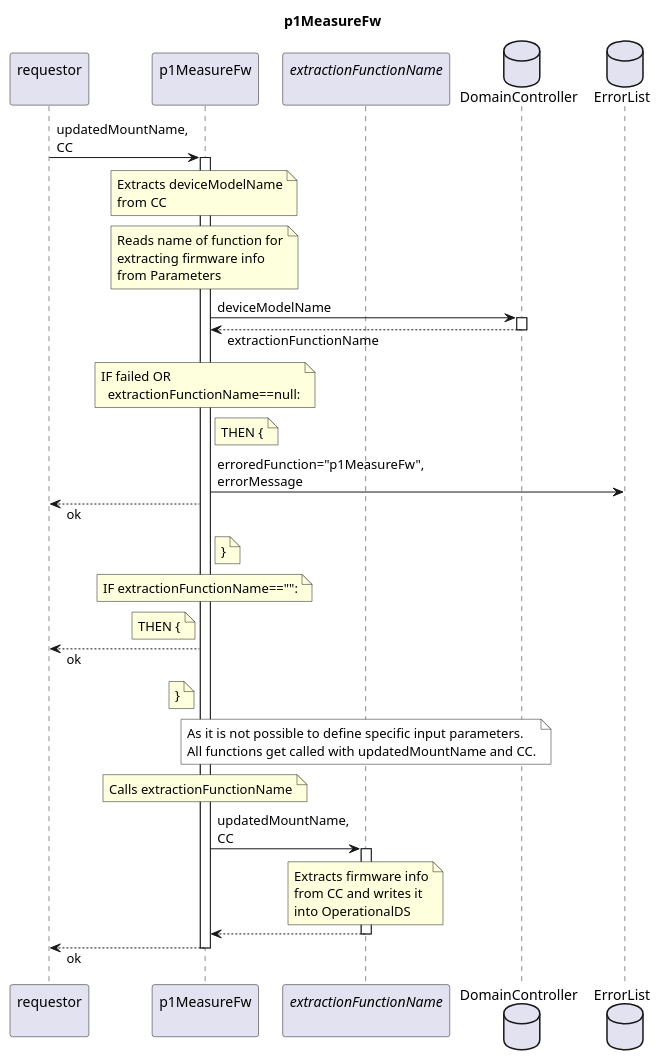
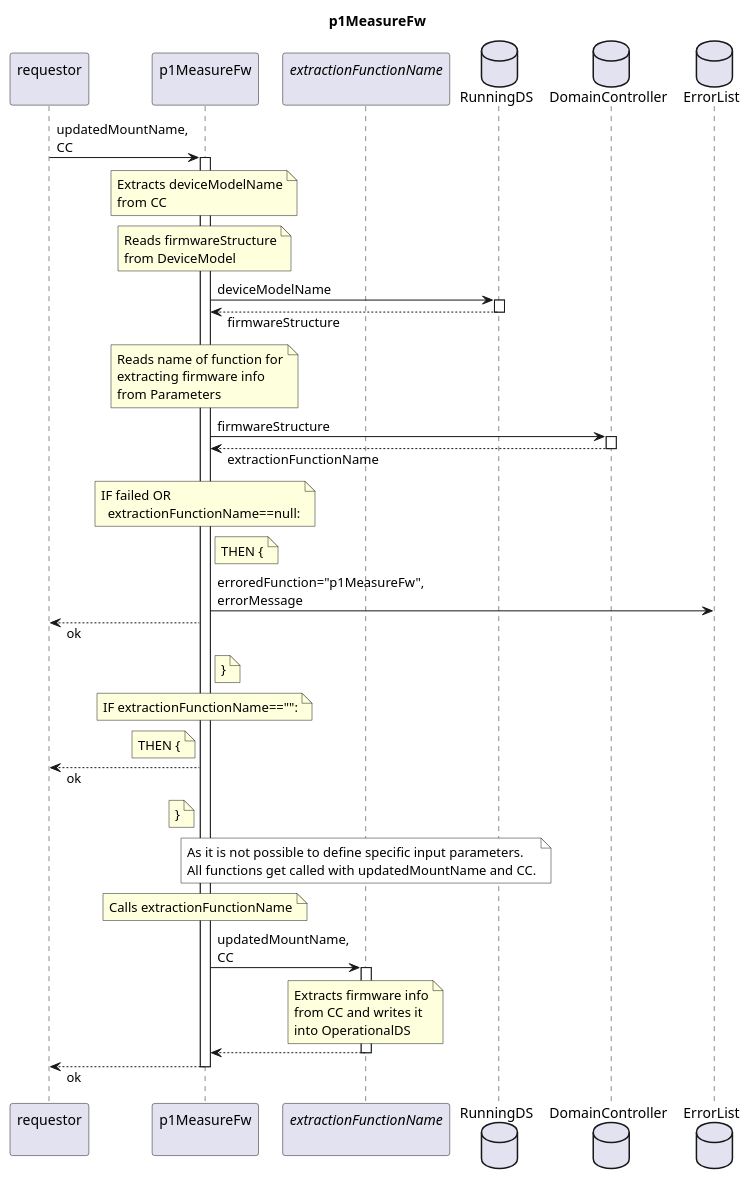
One commit to openBackhaul/FirmWareManager changed the diagram in spec/Functions/Measurement/p1MeasureFw/1.0.0/p1MeasureFw.plantuml. Above: the diagram before and after it, drawn with PlantUML. The commit also changed 93 other files, not shown here.

```diff
--- a/spec/Functions/Measurement/p1MeasureFw/1.0.0/p1MeasureFw.plantuml
+++ b/spec/Functions/Measurement/p1MeasureFw/1.0.0/p1MeasureFw.plantuml
@@ -1,76 +1,86 @@
 @startuml p1MeasureFw
 skinparam responseMessageBelowArrow true
 
 title
   p1MeasureFw
 end title
 
 participant "requestor\n" as requestor
 participant "p1MeasureFw\n" as indServ
 participant "<i>extractionFunctionName</i>\n" as extrFunc
 
+database "RunningDS" as RunDS
 database "DomainController" as DC
 database "ErrorList" as hEL
 
 requestor -> indServ: updatedMountName,\nCC
 activate indServ
 
   note over indServ
     Extracts deviceModelName
     from CC
   end note
 
   note over indServ
+    Reads firmwareStructure
+    from DeviceModel
+  end note
+  indServ -> RunDS: deviceModelName
+  activate RunDS
+  indServ <-- RunDS: firmwareStructure
+  deactivate RunDS
+  note over indServ
     Reads name of function for
     extracting firmware info
     from Parameters
   end note
-  indServ -> DC: deviceModelName
+  indServ -> DC: firmwareStructure
   activate DC
   indServ <-- DC: extractionFunctionName
   deactivate DC
+
   note over indServ
     IF failed OR
       extractionFunctionName==null:
   end note
   note right indServ
     THEN {
   end note
   indServ -> hEL: erroredFunction="p1MeasureFw",\nerrorMessage
   requestor <-- indServ: ok
   note right indServ
     }
   end note
   note over indServ
     IF extractionFunctionName=="":
   end note
   note left indServ
     THEN {
   end note
   requestor <-- indServ: ok
   note left indServ
     }
   end note
 
   note over extrFunc #White
     As it is not possible to define specific input parameters.
     All functions get called with updatedMountName and CC.
   end note
 
   note over indServ
     Calls extractionFunctionName
   end note
   indServ -> extrFunc: updatedMountName,\nCC
   activate extrFunc
     note over extrFunc
       Extracts firmware info
       from CC and writes it
       into OperationalDS
     end note
   indServ <-- extrFunc
   deactivate extrFunc
 
 requestor <-- indServ: ok
 deactivate indServ
 
 @enduml
```
